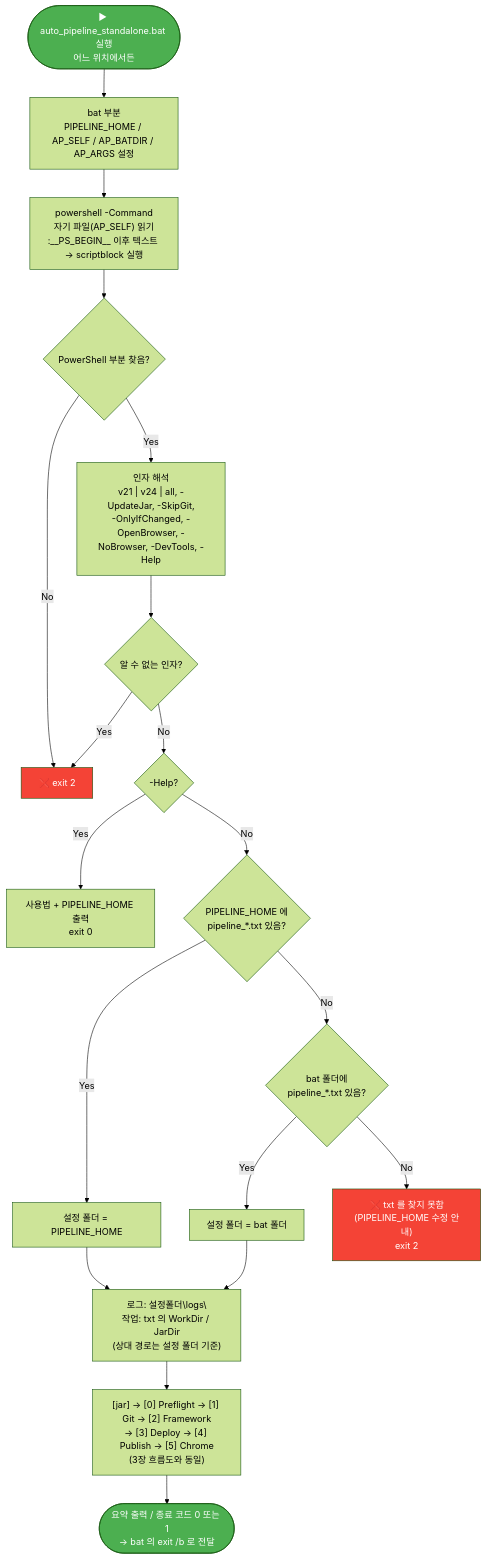
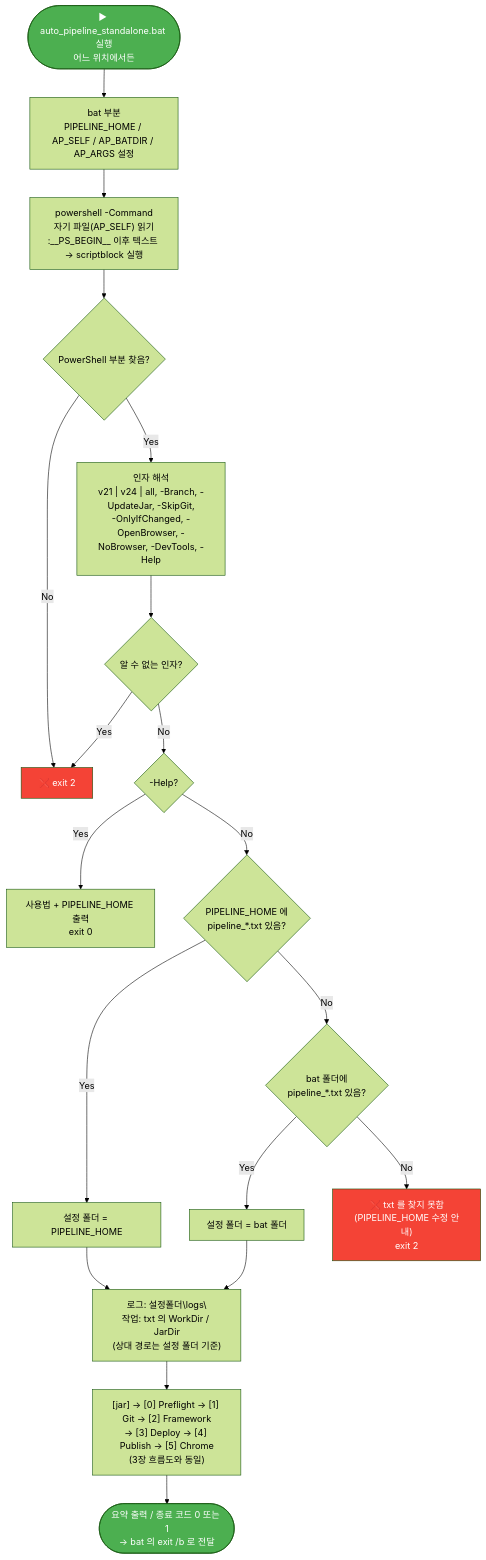
Before and after one commit to tobe-kimdonghuyun/cursor_project: the second of 2 diagrams in Tools/AutoPipeline/README.md, drawn with Mermaid (forest theme). The commit also changed other lines of this file and 27 other files, not shown here.

````diff
--- a/Tools/AutoPipeline/README.md
+++ b/Tools/AutoPipeline/README.md
@@ -526,26 +612,26 @@
 ```mermaid
 flowchart TD
     A([▶ auto_pipeline_standalone.bat 실행\n어느 위치에서든]) --> B["bat 부분\nPIPELINE_HOME / AP_SELF / AP_BATDIR / AP_ARGS 설정"]
     B --> C["powershell -Command\n자기 파일(AP_SELF) 읽기\n:__PS_BEGIN__ 이후 텍스트 → scriptblock 실행"]
     C --> C1{PowerShell 부분 찾음?}
     C1 -- No --> E2["❌ exit 2"]
-    C1 -- Yes --> D["인자 해석\nv21 | v24 | all, -UpdateJar, -SkipGit,\n-OnlyIfChanged, -OpenBrowser, -NoBrowser, -DevTools, -Help"]
+    C1 -- Yes --> D["인자 해석\nv21 | v24 | all, -Branch, -UpdateJar, -SkipGit,\n-OnlyIfChanged, -OpenBrowser, -NoBrowser, -DevTools, -Help"]
     D --> D1{알 수 없는 인자?}
     D1 -- Yes --> E2
     D1 -- No --> H{-Help?}
     H -- Yes --> E0["사용법 + PIPELINE_HOME 출력\nexit 0"]
     H -- No --> R1{"PIPELINE_HOME 에\npipeline_*.txt 있음?"}
     R1 -- Yes --> ROOT["설정 폴더 = PIPELINE_HOME"]
     R1 -- No --> R2{"bat 폴더에\npipeline_*.txt 있음?"}
     R2 -- Yes --> ROOT2["설정 폴더 = bat 폴더"]
     R2 -- No --> E3["❌ txt 를 찾지 못함\n(PIPELINE_HOME 수정 안내)\nexit 2"]
     ROOT --> P["로그: 설정폴더\logs\\n작업: txt 의 WorkDir / JarDir\n(상대 경로는 설정 폴더 기준)"]
     ROOT2 --> P
     P --> PIPE["[jar] → [0] Preflight → [1] Git → [2] Framework\n→ [3] Deploy → [4] Publish → [5] Chrome\n(3장 흐름도와 동일)"]
     PIPE --> END(["요약 출력 / 종료 코드 0 또는 1\n→ bat 의 exit /b 로 전달"])
 
     style A fill:#4CAF50,color:#fff
     style END fill:#4CAF50,color:#fff
     style E2 fill:#f44336,color:#fff
     style E3 fill:#f44336,color:#fff
 ```
````
